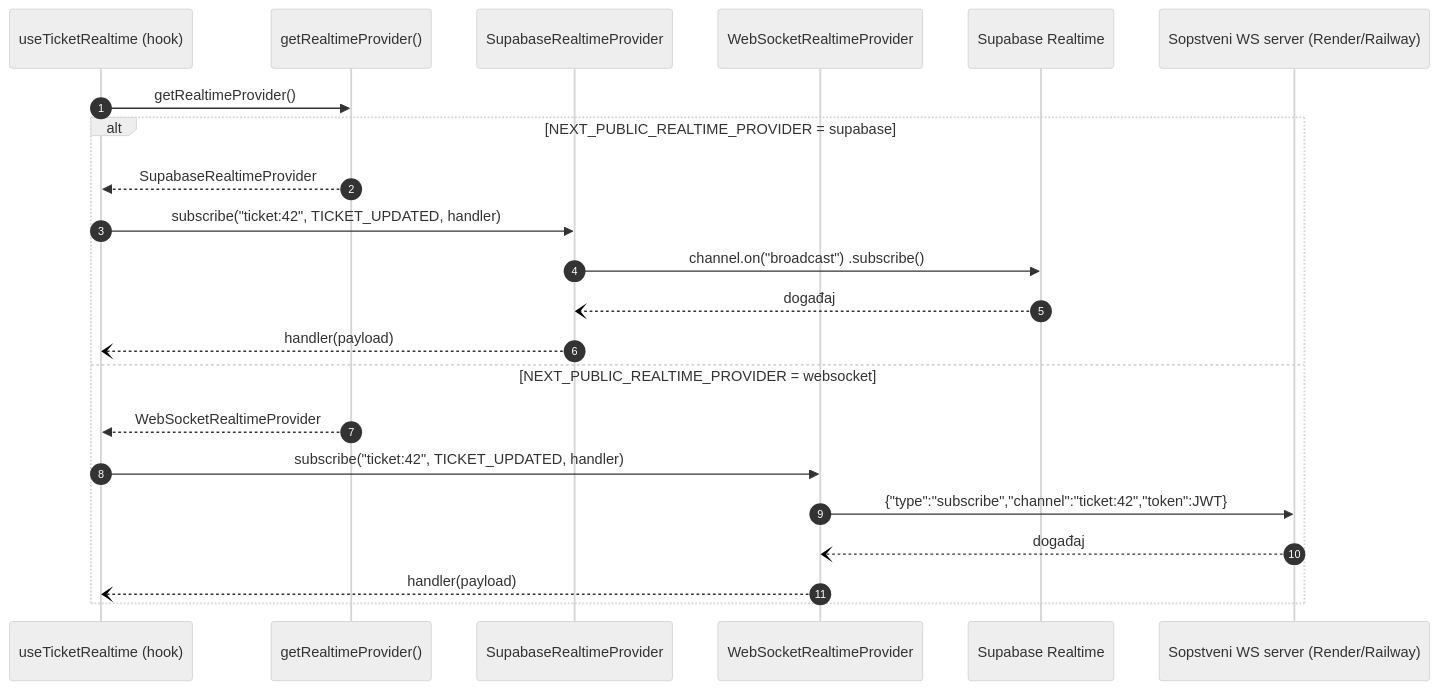
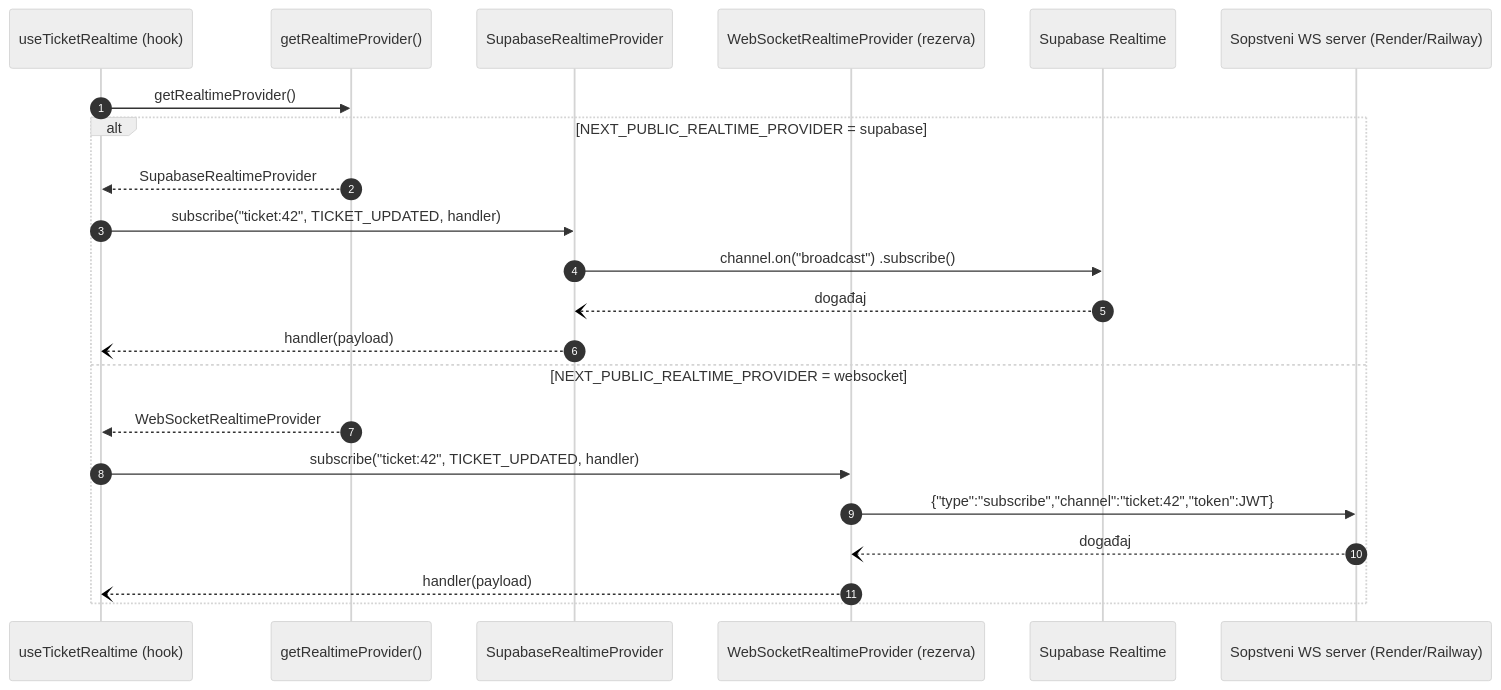
Diagram 12 of 14 in docs/05-dijagrami-sekvenci.md (milutinpetrovic/diplomski-helpdesk), drawn with Mermaid (neutral theme) before and after one commit. The commit also changed other lines of this file and 43 other files, not shown here.

First line of the commit message:
docs: sync diagrams and tables with the code (Phase 10b)

````diff
--- a/docs/05-dijagrami-sekvenci.md
+++ b/docs/05-dijagrami-sekvenci.md
@@ -415,25 +416,25 @@
 ```mermaid
 sequenceDiagram
     autonumber
     participant H as useTicketRealtime (hook)
     participant F as getRealtimeProvider()
     participant SP as SupabaseRealtimeProvider
-    participant WP as WebSocketRealtimeProvider
+    participant WP as WebSocketRealtimeProvider (rezerva)
     participant SR as Supabase Realtime
     participant WS as Sopstveni WS server (Render/Railway)
 
     H->>F: getRealtimeProvider()
     alt NEXT_PUBLIC_REALTIME_PROVIDER = supabase
         F-->>H: SupabaseRealtimeProvider
         H->>SP: subscribe("ticket:42", TICKET_UPDATED, handler)
         SP->>SR: channel.on("broadcast") .subscribe()
         SR--)SP: događaj
         SP--)H: handler(payload)
     else NEXT_PUBLIC_REALTIME_PROVIDER = websocket
         F-->>H: WebSocketRealtimeProvider
         H->>WP: subscribe("ticket:42", TICKET_UPDATED, handler)
         WP->>WS: {"type":"subscribe","channel":"ticket:42","token":JWT}
         WS--)WP: događaj
         WP--)H: handler(payload)
     end
 ```
````
